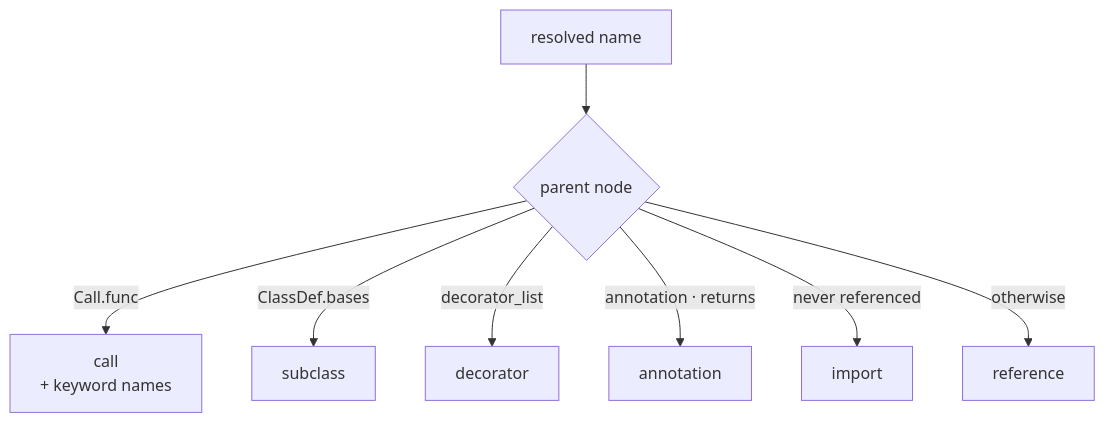
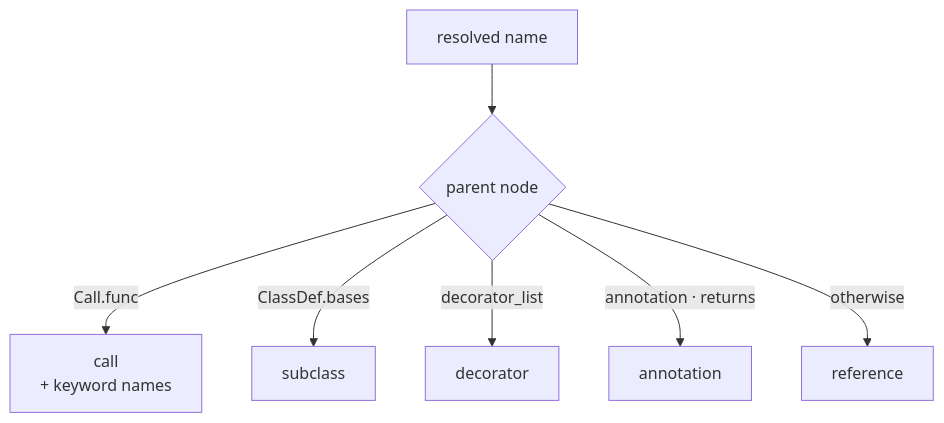
The second of 2 diagrams in README.md (jorenham/cuss), drawn with Mermaid before and after one commit. The commit also changed other lines of this file and 3 other files, not shown here.

````diff
--- a/README.md
+++ b/README.md
@@ -120,10 +123,9 @@
 ```mermaid
 flowchart TD
     node["resolved name"] --> parent{"parent node"}
     parent -->|"Call.func"| call["call<br>+ keyword names"]
     parent -->|"ClassDef.bases"| subclass["subclass"]
     parent -->|"decorator_list"| decorator["decorator"]
     parent -->|"annotation · returns"| annotation["annotation"]
-    parent -->|"never referenced"| imported["import"]
     parent -->|"otherwise"| reference["reference"]
 ```
````
